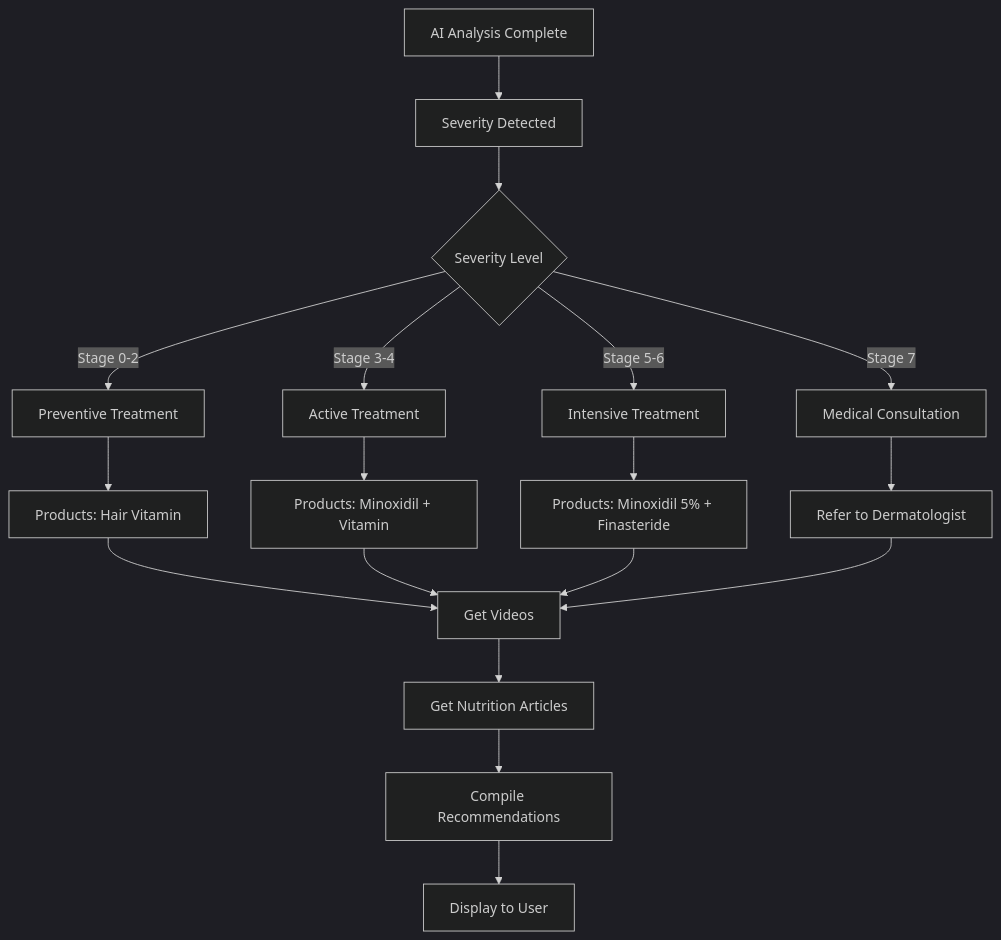
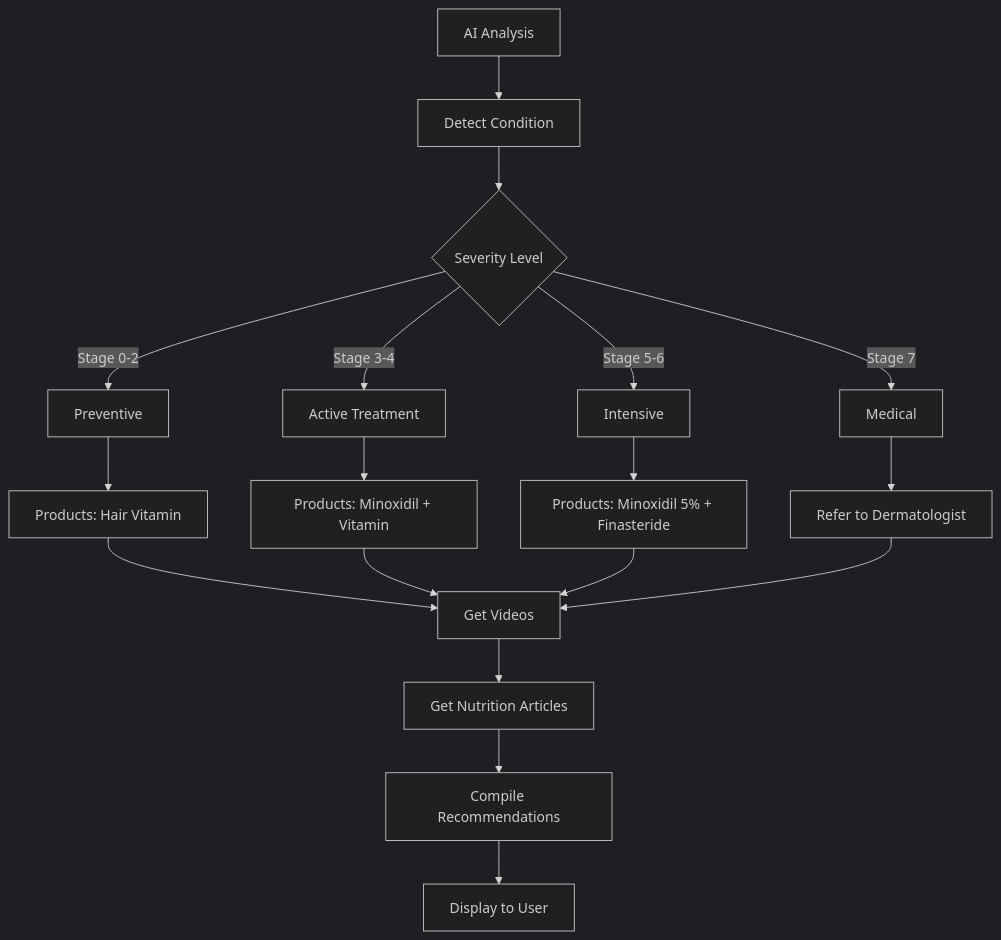
The seventh of 8 diagrams in Documentation/USER-FLOW.md (petrushandika/Scalp-Analytics), drawn with Mermaid (dark theme) before and after one commit. The commit also changed other lines of this file, not shown here.

Commit message:
Refactor user flow documentation to streamline content and improve clarity. Removed outdated sections, updated wireframe representations, and enhanced form component details for user registration. Simplified input processes and adjusted flowchart for better readability.

````diff
--- a/Documentation/USER-FLOW.md
+++ b/Documentation/USER-FLOW.md
@@ -879,24 +559,24 @@
 ```mermaid
 flowchart TD
-    A[AI Analysis Complete] --> B[Severity Detected]
+    A[AI Analysis] --> B[Detect Condition]
     B --> C{Severity Level}
     
-    C -->|Stage 0-2| D[Preventive Treatment]
+    C -->|Stage 0-2| D[Preventive]
     C -->|Stage 3-4| E[Active Treatment]
-    C -->|Stage 5-6| F[Intensive Treatment]
-    C -->|Stage 7| G[Medical Consultation]
+    C -->|Stage 5-6| F[Intensive]
+    C -->|Stage 7| G[Medical]
     
     D --> H[Products: Hair Vitamin]
     E --> I[Products: Minoxidil + Vitamin]
     F --> J[Products: Minoxidil 5% + Finasteride]
     G --> K[Refer to Dermatologist]
     
     H --> L[Get Videos]
     I --> L
     J --> L
     K --> L
     
     L --> M[Get Nutrition Articles]
     M --> N[Compile Recommendations]
     N --> O[Display to User]
 ```
````
